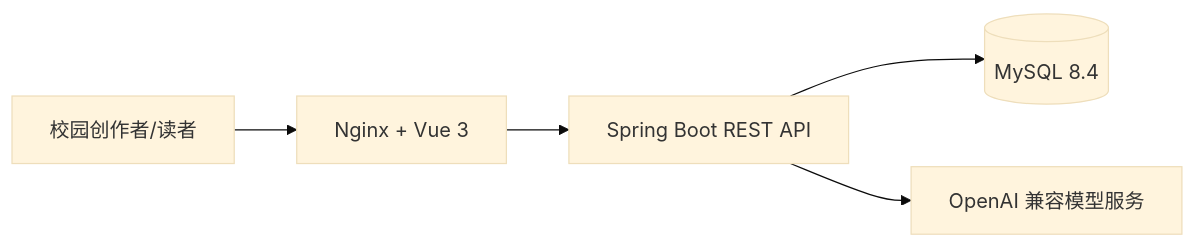
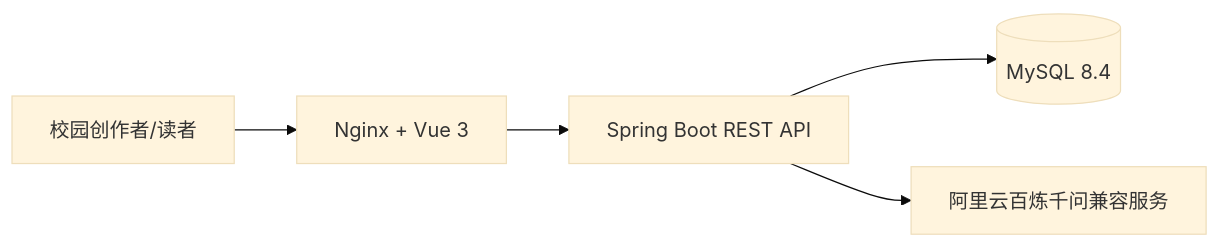
The first of 3 diagrams in docs/architecture.md (maple0511/vueblog), drawn with Mermaid (base theme) before and after one commit. The commit also changed other lines of this file and 11 other files, not shown here.

````diff
--- a/docs/architecture.md
+++ b/docs/architecture.md
@@ -11,7 +11,7 @@
 ```mermaid
 flowchart LR
   U[校园创作者/读者] --> N[Nginx + Vue 3]
   N --> B[Spring Boot REST API]
   B --> M[(MySQL 8.4)]
-  B --> A[OpenAI 兼容模型服务]
+  B --> A[阿里云百炼千问兼容服务]
 ```
````
